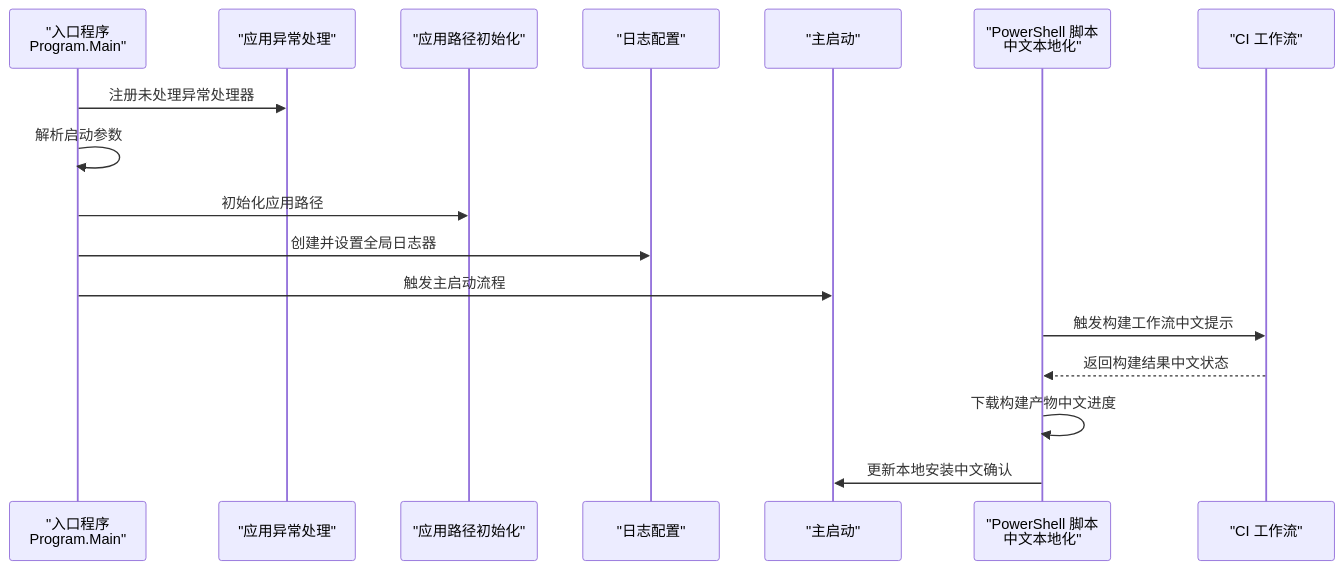
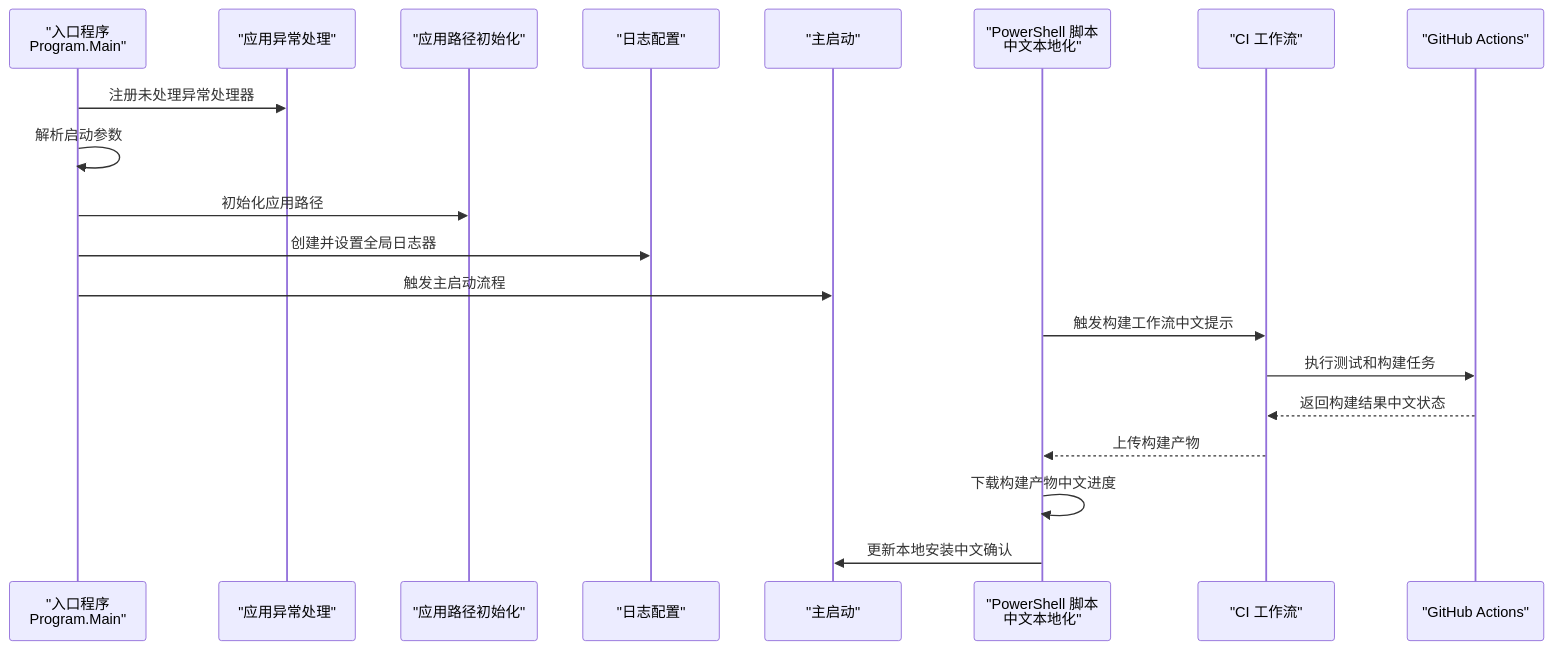
The second of 5 diagrams in .qoder/repowiki/zh/content/开发者指南/开发者指南.md (tea4go/Macro-Deck), drawn with Mermaid before and after one commit. The commit also changed other lines of this file and 33 other files, not shown here.

````diff
--- a/.qoder/repowiki/zh/content/开发者指南/开发者指南.md
+++ b/.qoder/repowiki/zh/content/开发者指南/开发者指南.md
@@ -91,19 +106,22 @@
 ```mermaid
 sequenceDiagram
 participant Entry as "入口程序<br/>Program.Main"
 participant App as "应用异常处理"
 participant Paths as "应用路径初始化"
 participant Logger as "日志配置"
 participant Host as "主启动"
 participant PS as "PowerShell 脚本<br/>中文本地化"
 participant CI as "CI 工作流"
+participant GH as "GitHub Actions"
 Entry->>App : 注册未处理异常处理器
 Entry->>Entry : 解析启动参数
 Entry->>Paths : 初始化应用路径
 Entry->>Logger : 创建并设置全局日志器
 Entry->>Host : 触发主启动流程
 PS->>CI : 触发构建工作流中文提示
-CI-->>PS : 返回构建结果中文状态
+CI->>GH : 执行测试和构建任务
+GH-->>CI : 返回构建结果中文状态
+CI-->>PS : 上传构建产物
 PS->>PS : 下载构建产物中文进度
 PS->>Host : 更新本地安装中文确认
 ```
````
